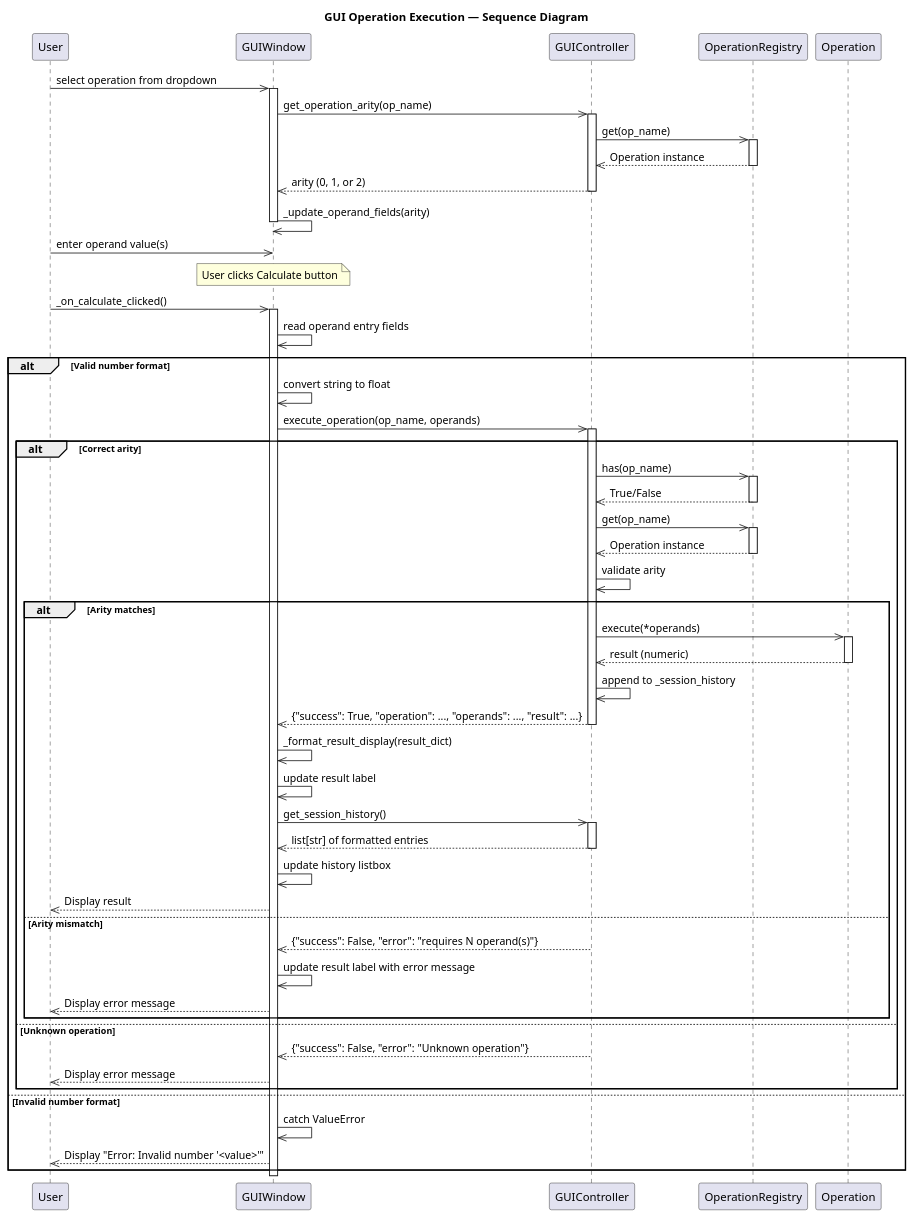
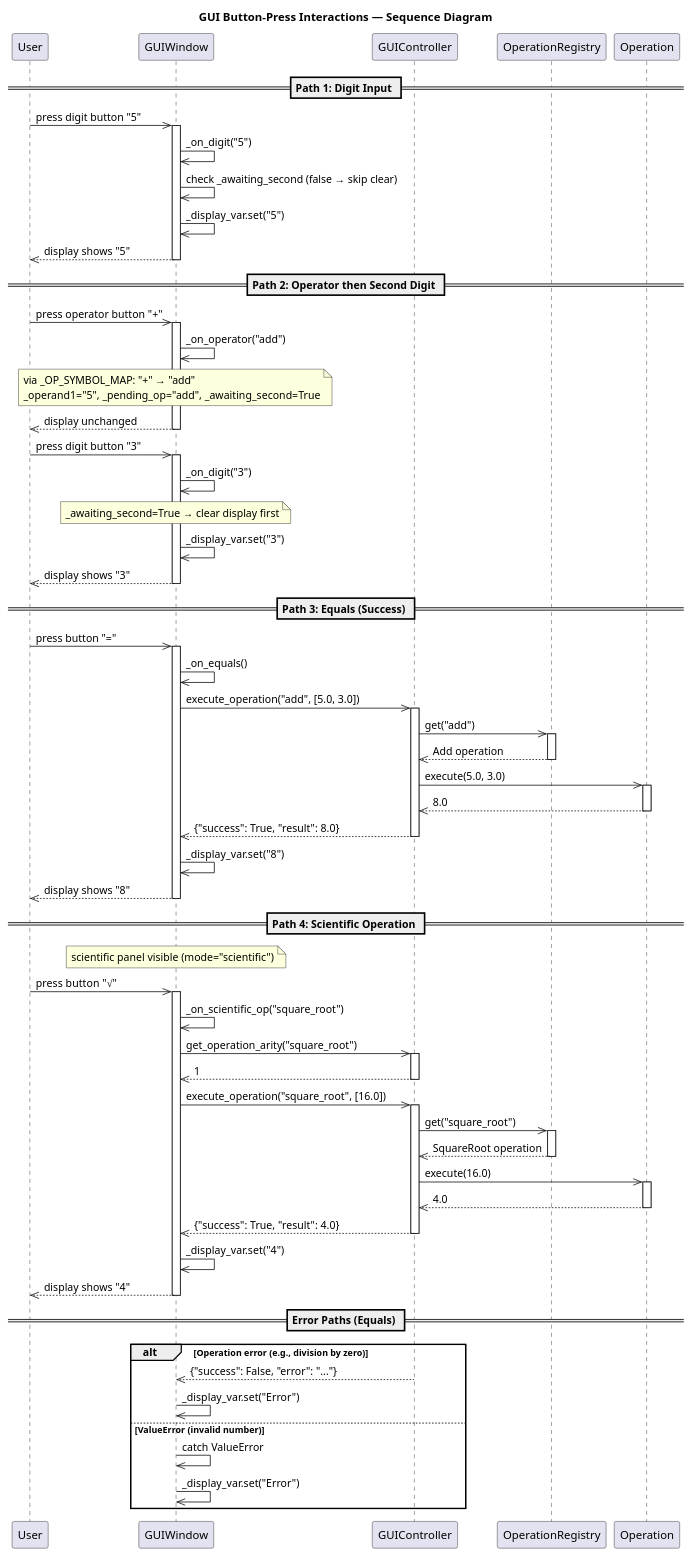
Before and after one commit to DanielRiha8906/Calculator_bachelor_autoevolution_team: the diagram in artifacts/gui_operation_sequence.puml, drawn with PlantUML. The commit also changed 3 other files, not shown here.

Commit message:
update diagrams for GUI iOS-inspired grid redesign (issue #464)

```diff
--- a/artifacts/gui_operation_sequence.puml
+++ b/artifacts/gui_operation_sequence.puml
@@ -1,81 +1,94 @@
-@startuml GUI_Operation_Execution
-title GUI Operation Execution — Sequence Diagram
+@startuml GUI_Operation_Sequence
+title GUI Button-Press Interactions — Sequence Diagram
 
 participant User
 participant GUIWindow as window
 participant GUIController as controller
 participant OperationRegistry as registry
 participant Operation as op
 
-User ->> window: select operation from dropdown
+== Path 1: Digit Input ==
+
+User ->> window: press digit button "5"
 activate window
-window ->> controller: get_operation_arity(op_name)
-activate controller
-controller ->> registry: get(op_name)
-activate registry
-registry -->> controller: Operation instance
-deactivate registry
-controller -->> window: arity (0, 1, or 2)
-deactivate controller
-window ->> window: _update_operand_fields(arity)
+window ->> window: _on_digit("5")
+window ->> window: check _awaiting_second (false → skip clear)
+window ->> window: _display_var.set("5")
+window -->> User: display shows "5"
 deactivate window
 
-User ->> window: enter operand value(s)
-note over window: User clicks Calculate button
+== Path 2: Operator then Second Digit ==
 
-User ->> window: _on_calculate_clicked()
+User ->> window: press operator button "+"
 activate window
-window ->> window: read operand entry fields
-alt Valid number format
-  window ->> window: convert string to float
-  window ->> controller: execute_operation(op_name, operands)
-  activate controller
-
-  alt Correct arity
-    controller ->> registry: has(op_name)
-    activate registry
-    registry -->> controller: True/False
-    deactivate registry
-
-    controller ->> registry: get(op_name)
-    activate registry
-    registry -->> controller: Operation instance
-    deactivate registry
-
-    controller ->> controller: validate arity
-
-    alt Arity matches
-      controller ->> op: execute(*operands)
-      activate op
-      op -->> controller: result (numeric)
-      deactivate op
-      controller ->> controller: append to _session_history
-      controller -->> window: {"success": True, "operation": ..., "operands": ..., "result": ...}
-      deactivate controller
-
-      window ->> window: _format_result_display(result_dict)
-      window ->> window: update result label
-      window ->> controller: get_session_history()
-      activate controller
-      controller -->> window: list[str] of formatted entries
-      deactivate controller
-      window ->> window: update history listbox
-      window -->> User: Display result
-    else Arity mismatch
-      controller -->> window: {"success": False, "error": "requires N operand(s)"}
-      deactivate controller
-      window ->> window: update result label with error message
-      window -->> User: Display error message
-    end
-  else Unknown operation
-    controller -->> window: {"success": False, "error": "Unknown operation"}
-    deactivate controller
-    window -->> User: Display error message
-  end
-else Invalid number format
-  window ->> window: catch ValueError
-  window -->> User: Display "Error: Invalid number '<value>'"
-end
+window ->> window: _on_operator("add")
+note over window: via _OP_SYMBOL_MAP: "+" → "add"\n_operand1="5", _pending_op="add", _awaiting_second=True
+window -->> User: display unchanged
 deactivate window
 
+User ->> window: press digit button "3"
+activate window
+window ->> window: _on_digit("3")
+note over window: _awaiting_second=True → clear display first
+window ->> window: _display_var.set("3")
+window -->> User: display shows "3"
+deactivate window
+
+== Path 3: Equals (Success) ==
+
+User ->> window: press button "="
+activate window
+window ->> window: _on_equals()
+window ->> controller: execute_operation("add", [5.0, 3.0])
+activate controller
+controller ->> registry: get("add")
+activate registry
+registry -->> controller: Add operation
+deactivate registry
+controller ->> op: execute(5.0, 3.0)
+activate op
+op -->> controller: 8.0
+deactivate op
+controller -->> window: {"success": True, "result": 8.0}
+deactivate controller
+window ->> window: _display_var.set("8")
+window -->> User: display shows "8"
+deactivate window
+
+== Path 4: Scientific Operation ==
+
+note over window: scientific panel visible (mode="scientific")
+User ->> window: press button "√"
+activate window
+window ->> window: _on_scientific_op("square_root")
+window ->> controller: get_operation_arity("square_root")
+activate controller
+controller -->> window: 1
+deactivate controller
+window ->> controller: execute_operation("square_root", [16.0])
+activate controller
+controller ->> registry: get("square_root")
+activate registry
+registry -->> controller: SquareRoot operation
+deactivate registry
+controller ->> op: execute(16.0)
+activate op
+op -->> controller: 4.0
+deactivate op
+controller -->> window: {"success": True, "result": 4.0}
+deactivate controller
+window ->> window: _display_var.set("4")
+window -->> User: display shows "4"
+deactivate window
+
+== Error Paths (Equals) ==
+
+alt Operation error (e.g., division by zero)
+  controller -->> window: {"success": False, "error": "..."}
+  window ->> window: _display_var.set("Error")
+else ValueError (invalid number)
+  window ->> window: catch ValueError
+  window ->> window: _display_var.set("Error")
+end
+
 @enduml
```
